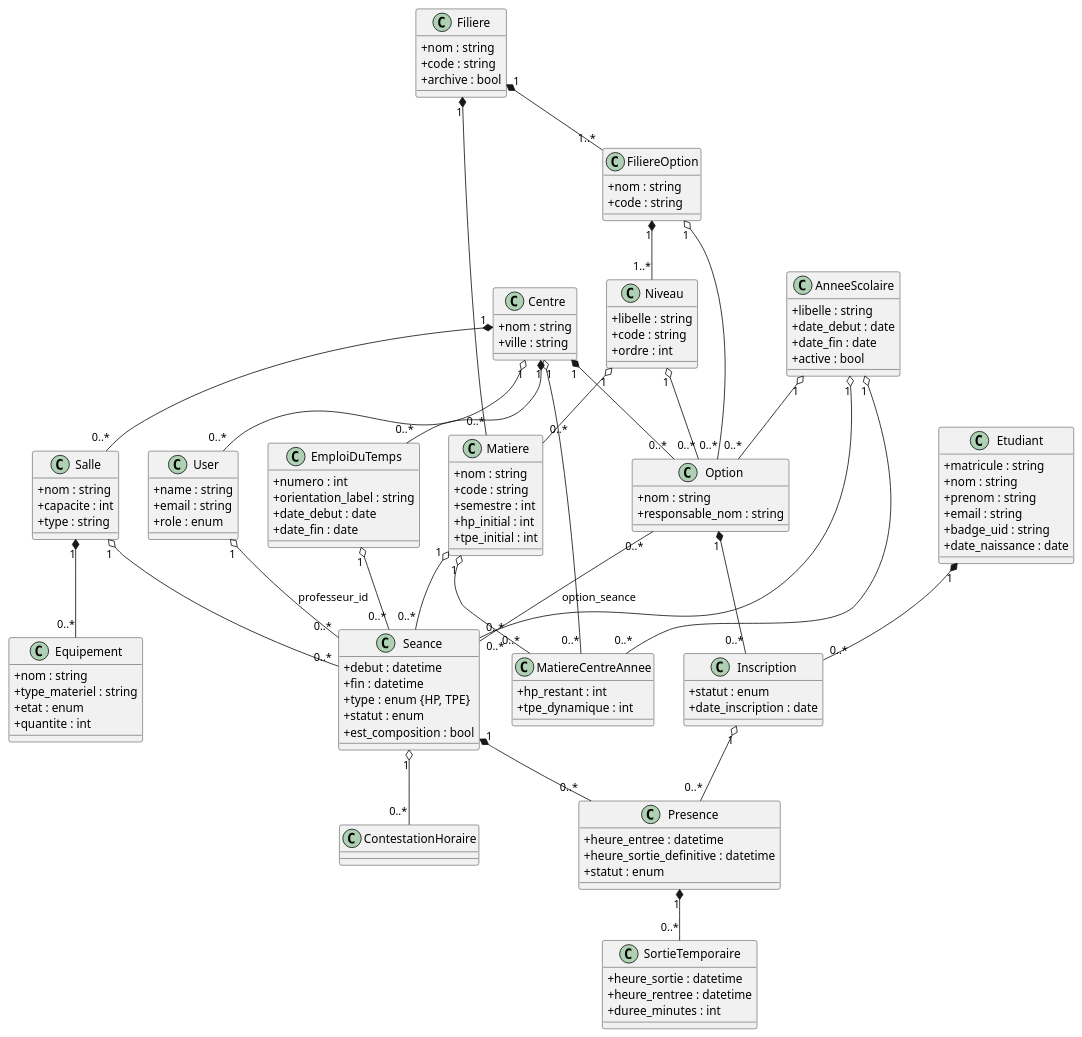
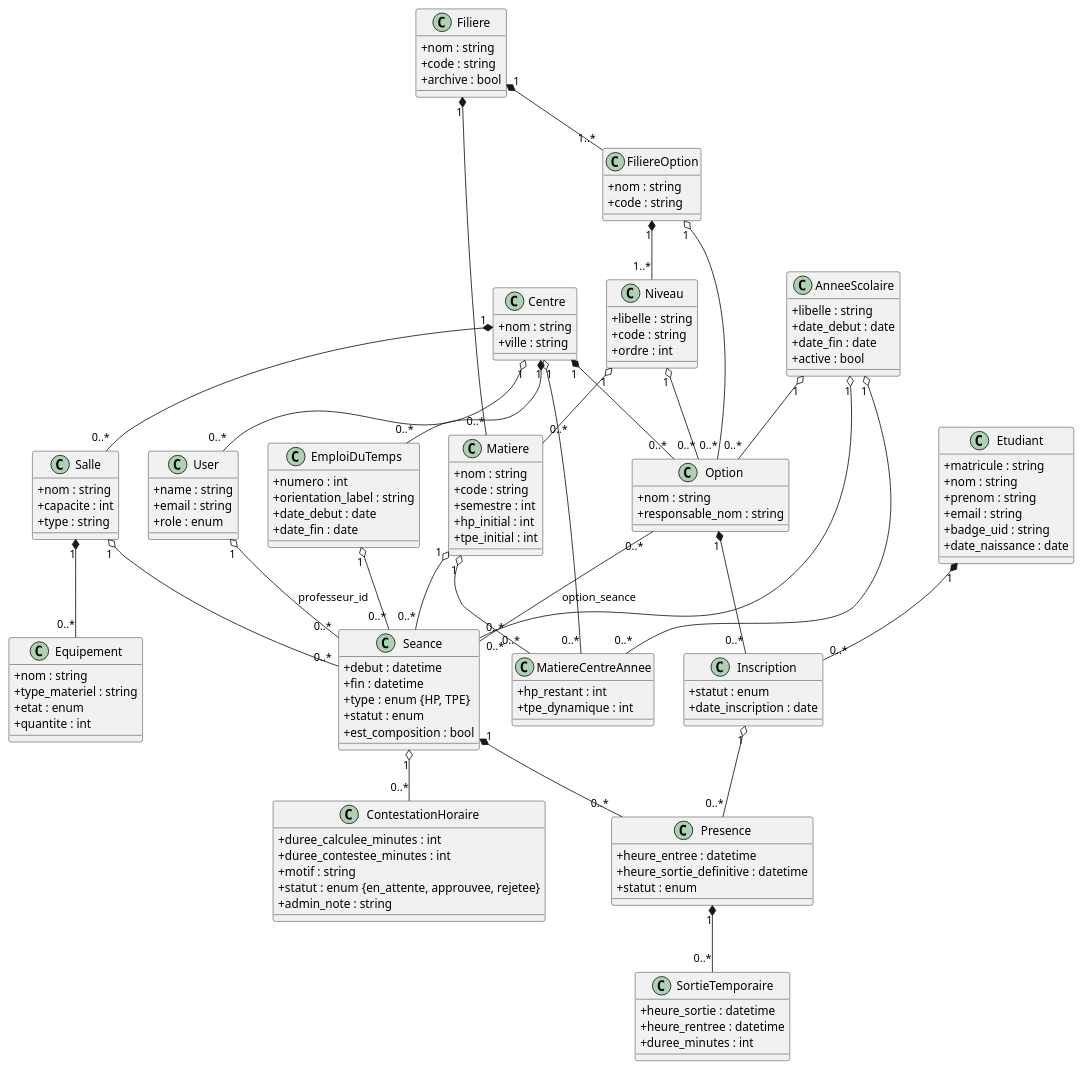
One commit to gigo4321/Gasa-Presence changed the sixth of 7 diagrams in description.md. Above: the diagram before and after it, drawn with PlantUML. The commit also changed 40 other files, not shown here.

```diff
--- a/description.md
+++ b/description.md
@@ -318,6 +318,11 @@
 }
 
 class ContestationHoraire {
+    +duree_calculee_minutes : int
+    +duree_contestee_minutes : int
+    +motif : string
+    +statut : enum {en_attente, approuvee, rejetee}
+    +admin_note : string
 }
 
 ' Relations structurelles
```
